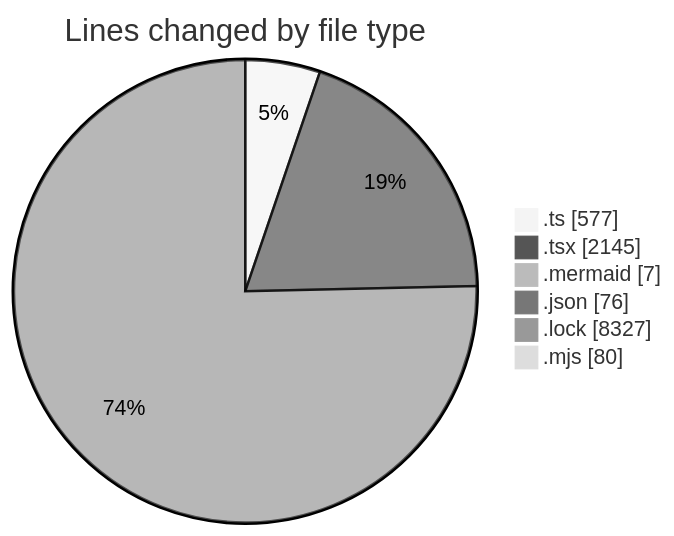
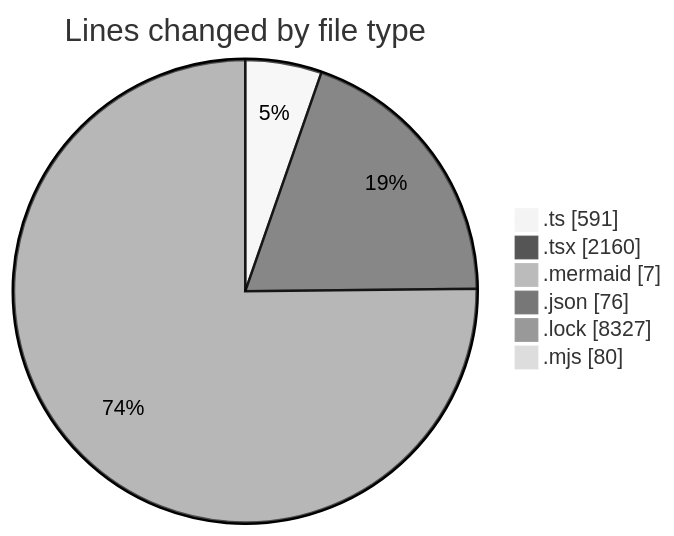
Before and after one commit to momahboobian/code-tracking: the first of 2 diagrams in 2026-09-08/cda/README.md, drawn with Mermaid (neutral theme). The commit also changed other lines of this file and 1 other file, not shown here.

````diff
--- a/2026-09-08/cda/README.md
+++ b/2026-09-08/cda/README.md
@@ -48,10 +48,10 @@
 ```mermaid
 pie showData
 title Lines changed by file type
-".ts" : 577
-".tsx" : 2145
+".ts" : 591
+".tsx" : 2160
 ".mermaid" : 7
 ".json" : 76
 ".lock" : 8327
 ".mjs" : 80
 ```
````
